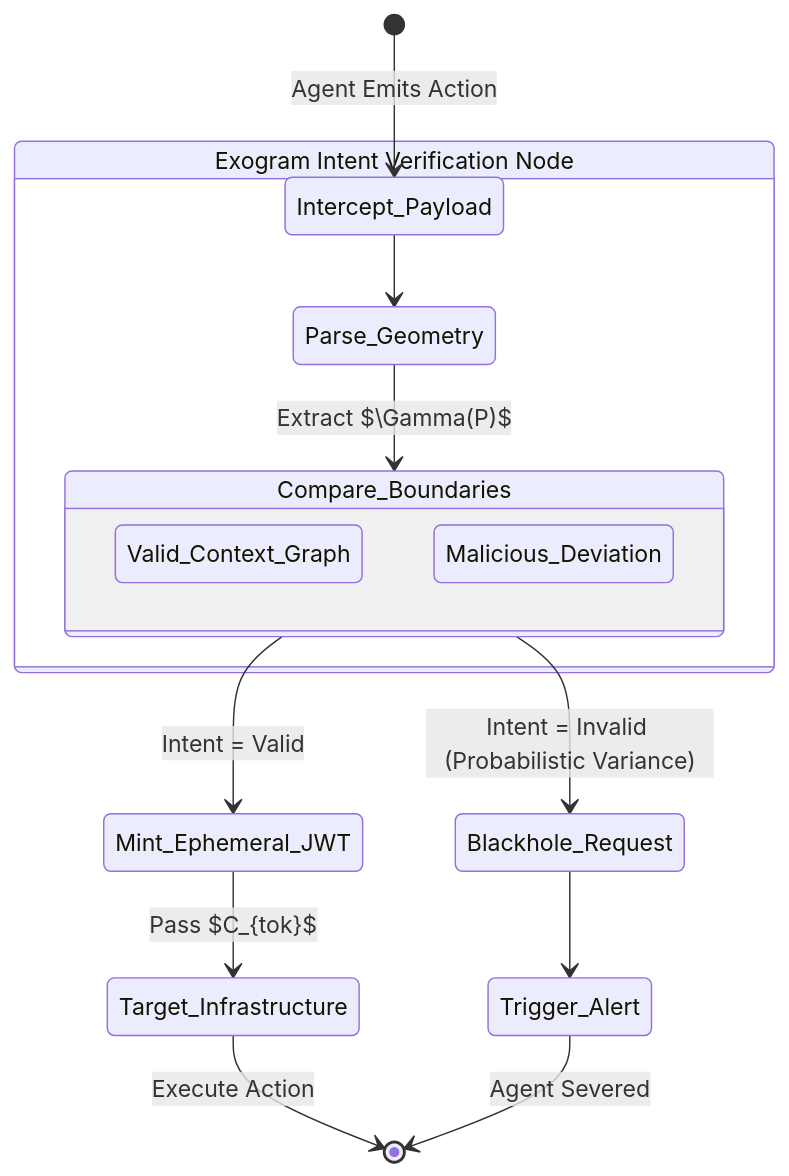
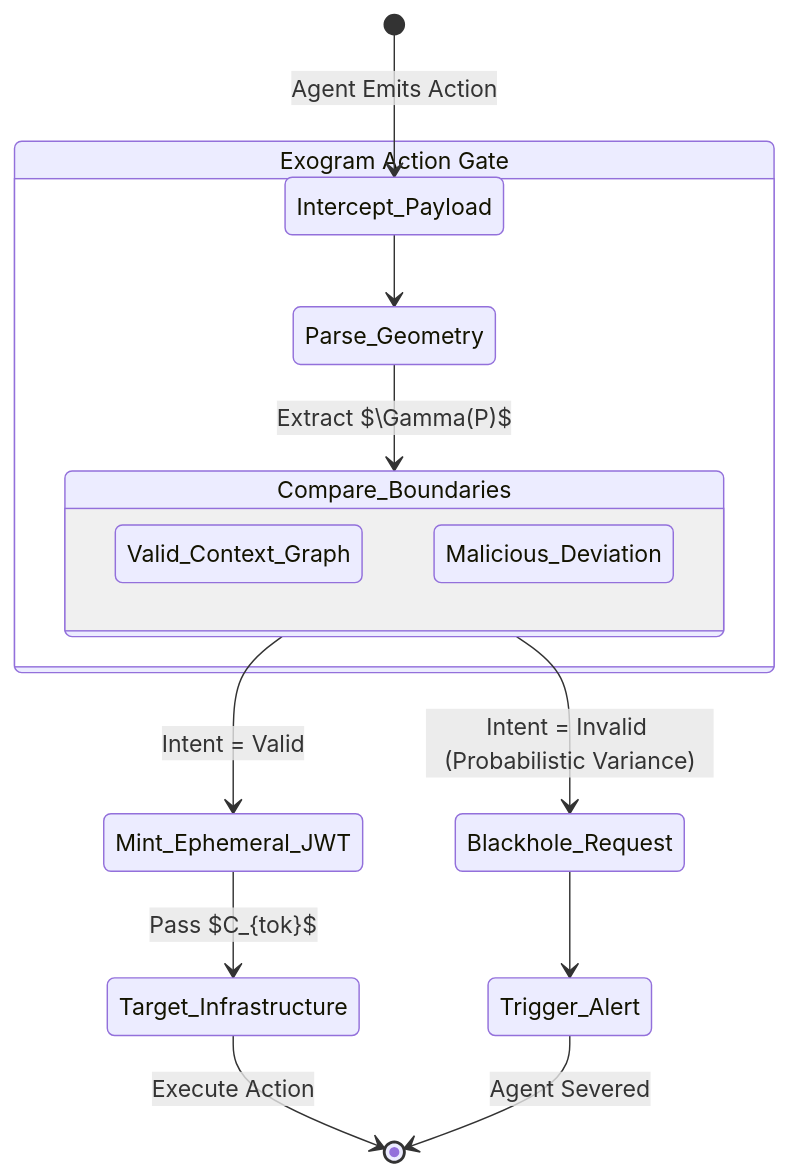
One commit to Richard-Ewing/exogram-protocol-rfc changed the second of 2 diagrams in 0002-intent-based-permissioning.md. Above: the diagram before and after it, drawn with Mermaid. The commit also changed other lines of this file and 2 other files, not shown here.

Commit message:
docs: modernize action authorization gate terminology in RFC 0002, 0003, and RFC-02

````diff
--- a/0002-intent-based-permissioning.md
+++ b/0002-intent-based-permissioning.md
@@ -63,25 +63,25 @@
 ```mermaid
 stateDiagram-v2
     direction TB
     
     [*] --> Intercept_Payload : Agent Emits Action
     
-    state "Exogram Intent Verification Node" as EA {
+    state "Exogram Action Gate" as Gate {
         Intercept_Payload --> Parse_Geometry
         Parse_Geometry --> Compare_Boundaries : Extract $\Gamma(P)$
         
         state Compare_Boundaries {
             Valid_Context_Graph
             Malicious_Deviation
         }
         
     }
     
     Compare_Boundaries --> Mint_Ephemeral_JWT : Intent = Valid
     Mint_Ephemeral_JWT --> Target_Infrastructure : Pass $C_{tok}$
     Target_Infrastructure --> [*] : Execute Action
     
     Compare_Boundaries --> Blackhole_Request : Intent = Invalid (Probabilistic Variance)
     Blackhole_Request --> Trigger_Alert
     Trigger_Alert --> [*] : Agent Severed
 ```
````
